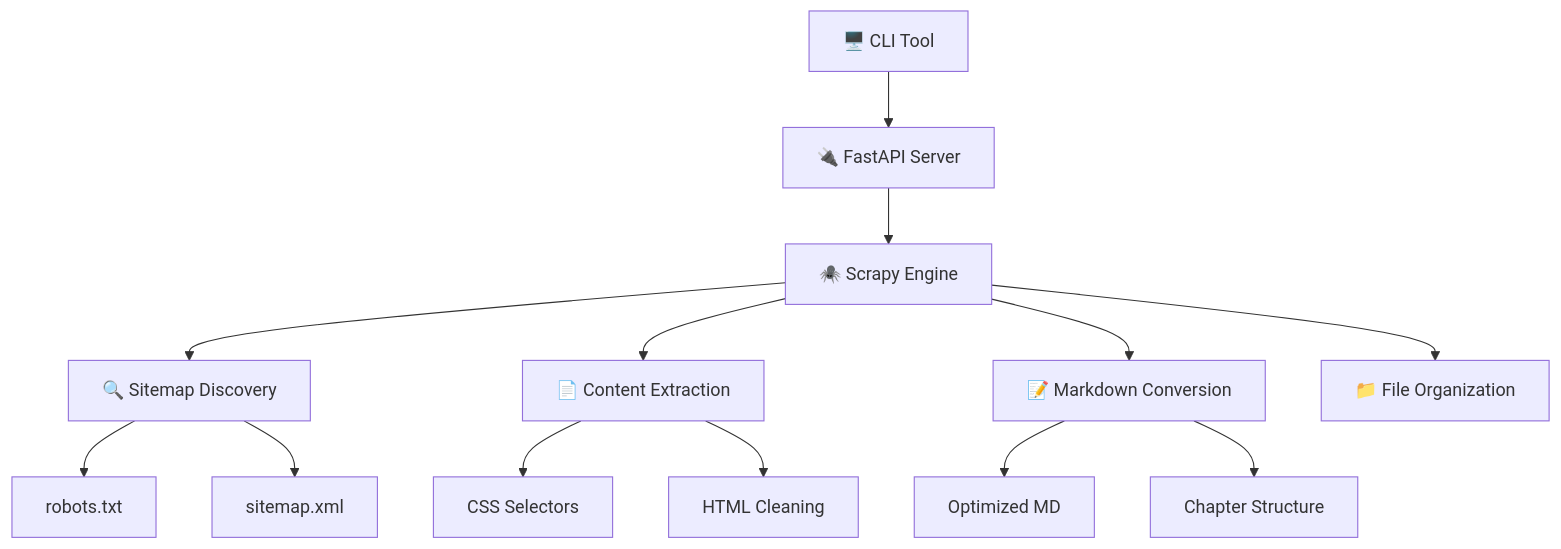
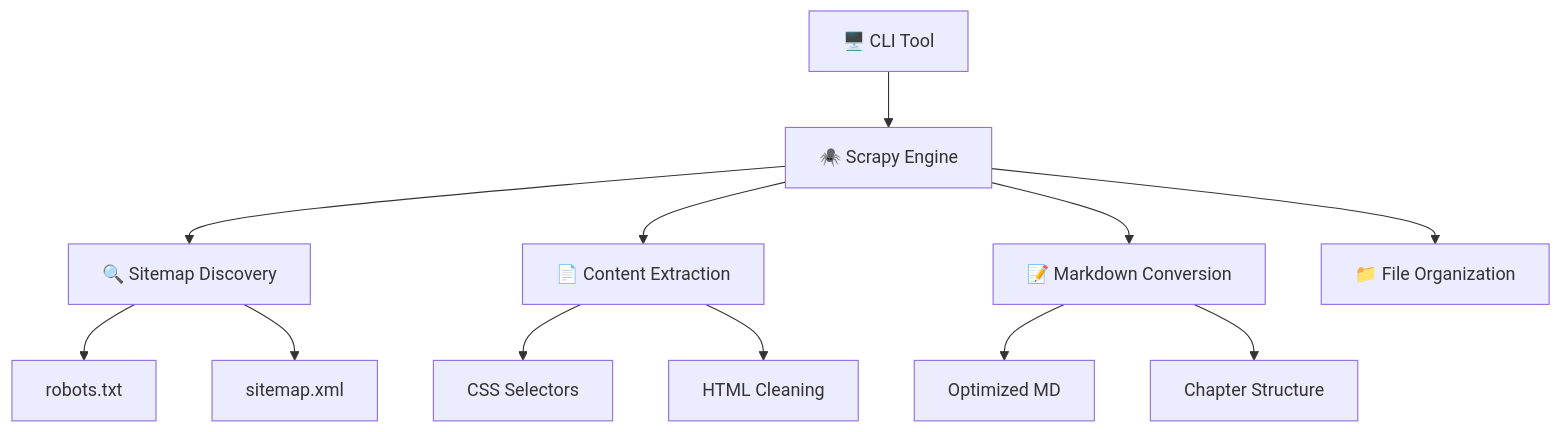
One commit to clemeverger/aimdoc changed the diagram in README.md. Above: the diagram before and after it, drawn with Mermaid. The commit also changed other lines of this file and 29 other files, not shown here.

Commit message:
Refactor Aimdoc to a pure Python CLI tool: Removed the API server and Node.js dependencies, updated README for CLI usage, and enhanced job handling with async support. Updated requirements to include Rich and Typer for improved CLI experience.

````diff
--- a/README.md
+++ b/README.md
@@ -133,19 +109,18 @@
 ```mermaid
 graph TB
-    CLI[🖥️ CLI Tool] --> API[🔌 FastAPI Server]
-    API --> Engine[🕷️ Scrapy Engine]
+    CLI[🖥️ CLI Tool] --> Engine[🕷️ Scrapy Engine]
 
     Engine --> Discover[🔍 Sitemap Discovery]
     Engine --> Extract[📄 Content Extraction]
     Engine --> Convert[📝 Markdown Conversion]
     Engine --> Organize[📁 File Organization]
 
     Discover --> Robots[robots.txt]
     Discover --> Sitemap[sitemap.xml]
 
     Extract --> CSS[CSS Selectors]
     Extract --> Clean[HTML Cleaning]
 
     Convert --> Markdown[Optimized MD]
     Convert --> Structure[Chapter Structure]
 ```
````
